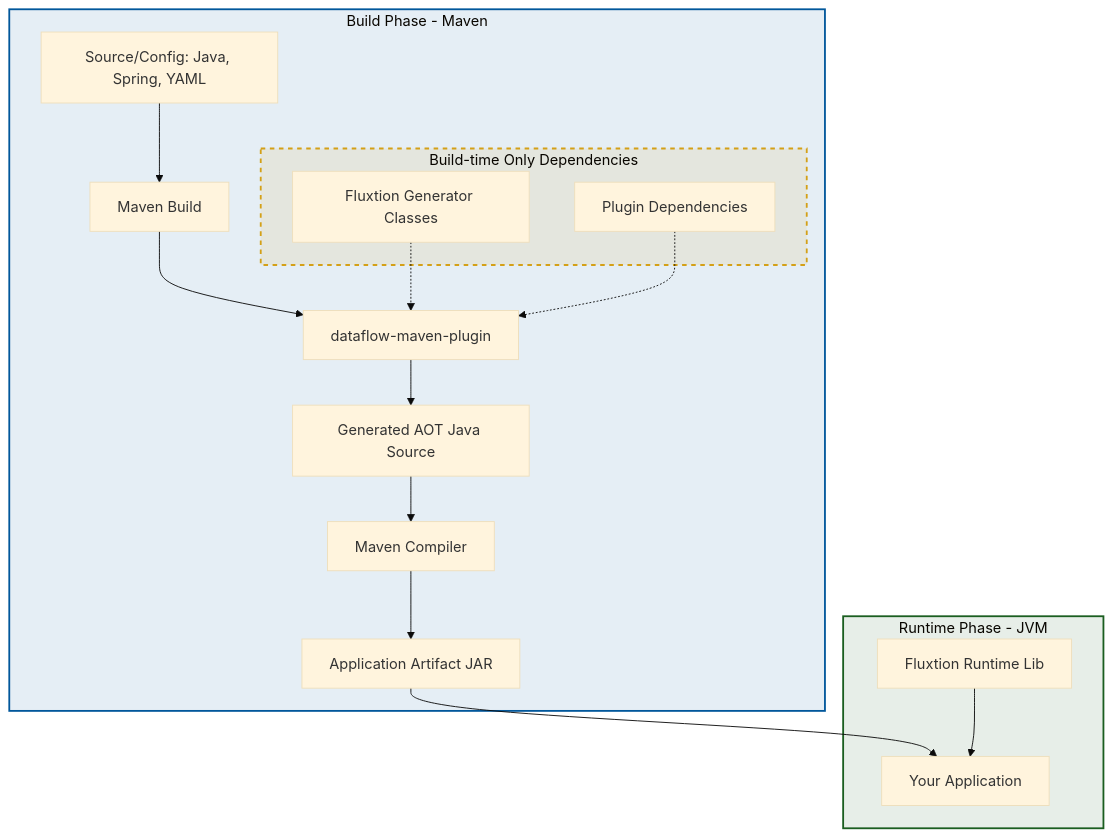
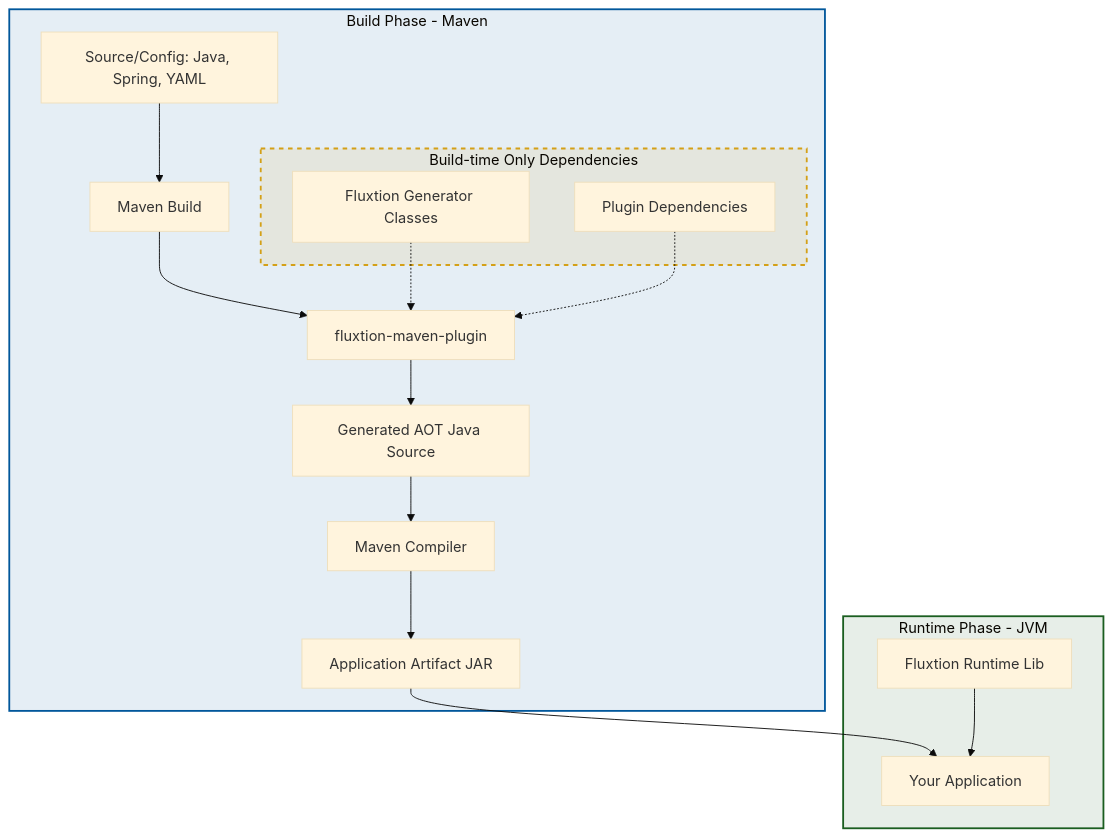
The diagram in docs/home/quickstart-maven.md (telaminai/fluxtion), drawn with Mermaid (base theme) before and after one commit. The commit also changed other lines of this file and 19 other files, not shown here.

````diff
--- a/docs/home/quickstart-maven.md
+++ b/docs/home/quickstart-maven.md
@@ -15,26 +15,26 @@
 ```mermaid
 graph TD
     subgraph Build [Build Phase - Maven]
         S[Source/Config: Java, Spring, YAML] --> M[Maven Build]
-        M --> P[dataflow-maven-plugin]
+        M --> P[fluxtion-maven-plugin]
         P --> G[Generated AOT Java Source]
         G --> C[Maven Compiler]
         C --> A[Application Artifact JAR]
         
         subgraph BuildOnly [Build-time Only Dependencies]
             GC[Fluxtion Generator Classes]
             PD[Plugin Dependencies]
         end
         GC -.-> P
         PD -.-> P
     end
 
     subgraph Run [Runtime Phase - JVM]
         A --> App[Your Application]
         R[Fluxtion Runtime Lib] --> App
     end
 
     style BuildOnly fill:#d4a017,fill-opacity:0.1,stroke:#d4a017,stroke-width:2px,stroke-dasharray: 5 5
     style Build fill:#01579b,fill-opacity:0.1,stroke:#01579b,stroke-width:2px
     style Run fill:#1b5e20,fill-opacity:0.1,stroke:#1b5e20,stroke-width:2px
 ```
````
